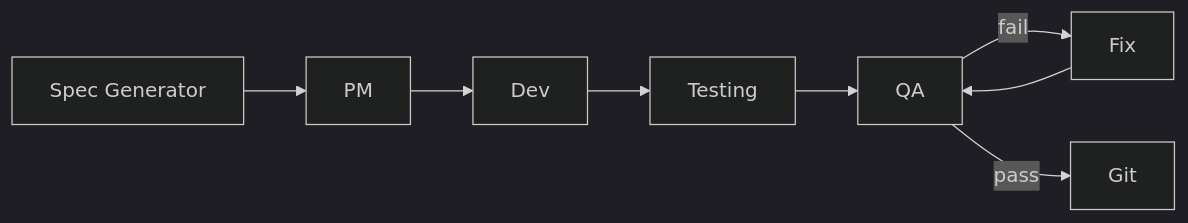
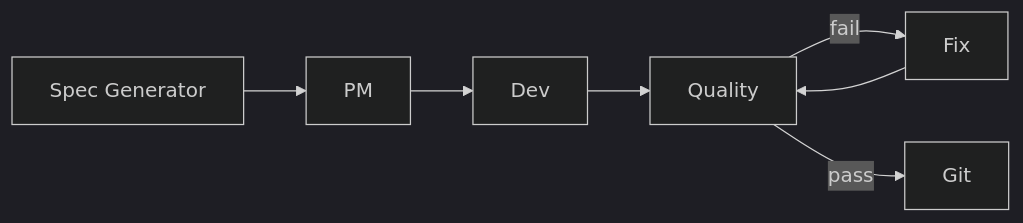
Before and after one commit to llanesleonardo/saas-factory: the second of 3 diagrams in organizational_memory/AGENTS.md, drawn with Mermaid (dark theme). The commit also changed other lines of this file and 97 other files, not shown here.

First line of the commit message:
chore(factory): standardize agents and add registry/schemas

````diff
--- a/organizational_memory/AGENTS.md
+++ b/organizational_memory/AGENTS.md
@@ -25,18 +25,16 @@
 ```mermaid
 flowchart LR
   S[Spec Generator]
   P[PM]
   D[Dev]
-  T[Testing]
-  Q[QA]
+  QU[Quality]
   F[Fix]
   G[Git]
 
   S --> P
   P --> D
-  D --> T
-  T --> Q
-  Q -->|"fail"| F
-  F --> Q
-  Q -->|"pass"| G
+  D --> QU
+  QU -->|"fail"| F
+  F --> QU
+  QU -->|"pass"| G
 ```
````
